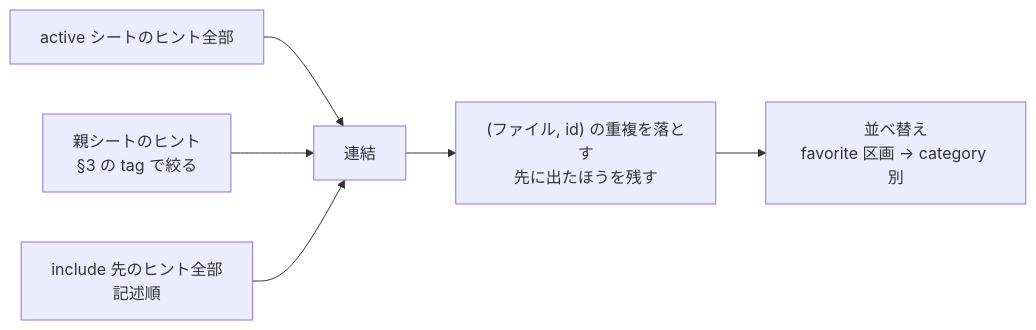
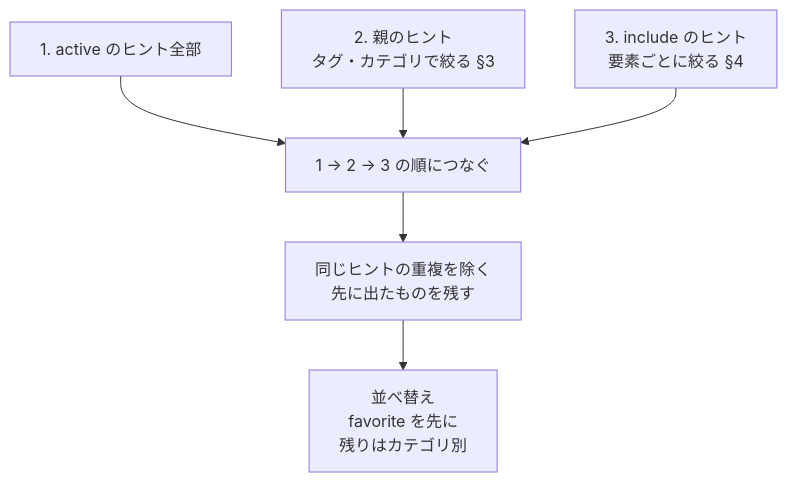
The second of 2 diagrams in docs/SHEETS.ja.md (yasuoeto/wayhint), drawn with Mermaid before and after one commit. The commit also changed other lines of this file and 15 other files, not shown here.

First line of the commit message:
docs: 導入手順を入れ方別に分け、操作図と nested / include の説明を直す

````diff
--- a/docs/SHEETS.ja.md
+++ b/docs/SHEETS.ja.md
@@ -39,8 +42,8 @@
 ```mermaid
-flowchart LR
-    S1[active シートのヒント全部] --> J[連結]
-    S2[親シートのヒント<br/>§3 の tag で絞る] --> J
-    S3[include 先のヒント全部<br/>記述順] --> J
-    J --> U["(ファイル, id) の重複を落とす<br/>先に出たほうを残す"]
-    U --> O[並べ替え<br/>favorite 区画 → category 別]
+flowchart TD
+    S1["1. active のヒント全部"] --> J["1 → 2 → 3 の順につなぐ"]
+    S2["2. 親のヒント<br/>タグ・カテゴリで絞る §3"] --> J
+    S3["3. include のヒント<br/>要素ごとに絞る §4"] --> J
+    J --> U["同じヒントの重複を除く<br/>先に出たものを残す"]
+    U --> O["並べ替え<br/>favorite を先に<br/>残りはカテゴリ別"]
 ```
````
